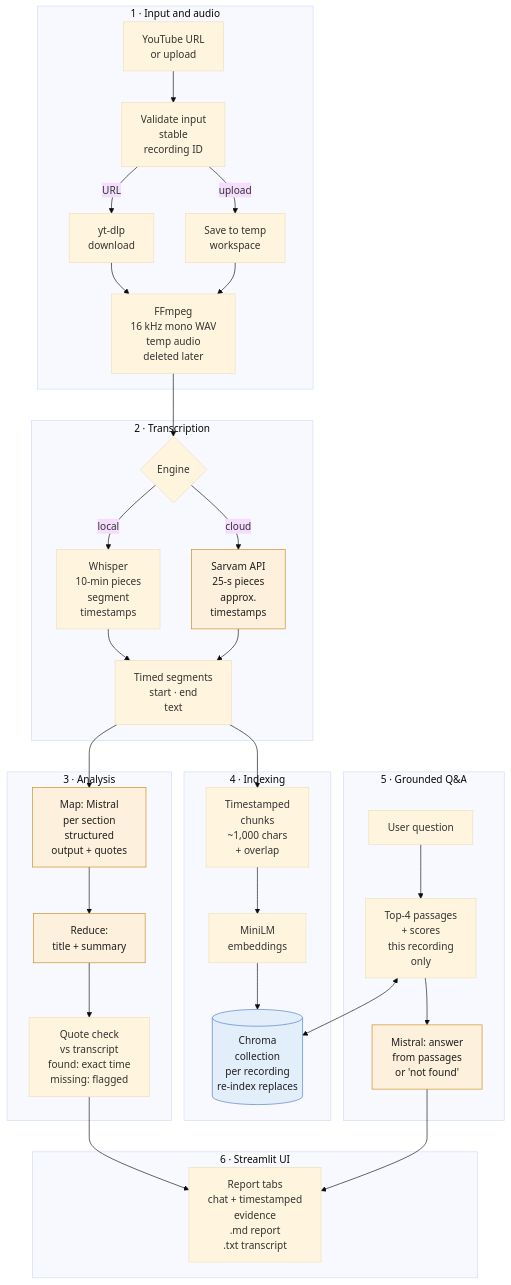
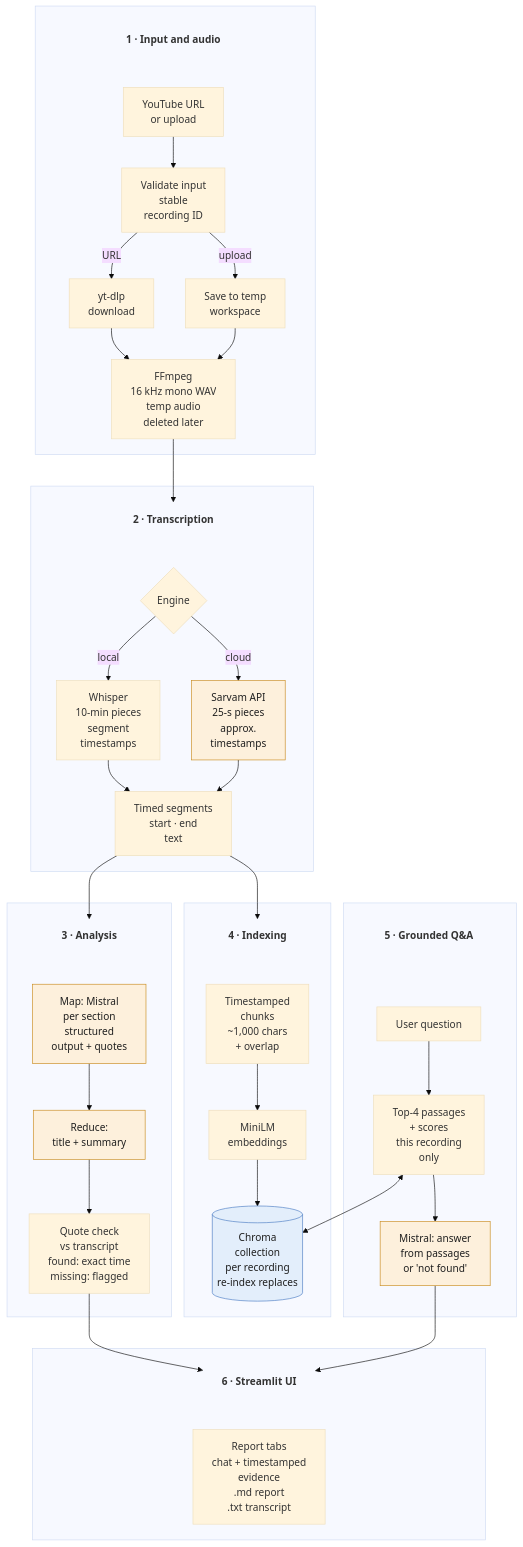
Before and after one commit to Prapti1234/intelligent-video-understanding-assistant: the diagram in README.md, drawn with Mermaid (base theme). The commit also changed other lines of this file, not shown here.

Commit message:
Revise architecture diagram in README
Updated architecture diagram to improve clarity and structure.

````diff
--- a/README.md
+++ b/README.md
@@ -36,51 +36,65 @@
 ```mermaid
 flowchart TB
-    subgraph S1["1 · Input and audio"]
+    subgraph S1[" "]
+        H1["1 · Input and audio"]
         SRC["YouTube URL<br/>or upload"] --> VAL["Validate input<br/>stable<br/>recording ID"]
         VAL -->|URL| YT["yt-dlp<br/>download"]
         VAL -->|upload| UP["Save to temp<br/>workspace"]
         YT --> FF["FFmpeg<br/>16 kHz mono WAV<br/>temp audio<br/>deleted later"]
         UP --> FF
     end
+    H1 ~~~ SRC
 
-    subgraph S2["2 · Transcription"]
+    subgraph S2[" "]
+        H2["2 · Transcription"]
         ENG{"Engine"}
         ENG -->|local| WH["Whisper<br/>10-min pieces<br/>segment<br/>timestamps"]
         ENG -->|cloud| SV["Sarvam API<br/>25-s pieces<br/>approx.<br/>timestamps"]
         WH --> SEG["Timed segments<br/>start · end<br/>text"]
         SV --> SEG
     end
+    H2 ~~~ ENG
 
-    FF --> ENG
+    FF --> H2
 
-    subgraph S3["3 · Analysis"]
+    subgraph S3[" "]
+        H3["3 · Analysis"]
         MAP["Map: Mistral<br/>per section<br/>structured<br/>output + quotes"] --> RED["Reduce:<br/>title + summary"]
         RED --> QC["Quote check<br/>vs transcript<br/>found: exact time<br/>missing: flagged"]
     end
+    H3 ~~~ MAP
 
-    subgraph S4["4 · Indexing"]
+    subgraph S4[" "]
+        H4["4 · Indexing"]
         CH["Timestamped<br/>chunks<br/>~1,000 chars<br/>+ overlap"] --> EMB["MiniLM<br/>embeddings"]
         EMB --> DB[("Chroma<br/>collection<br/>per recording<br/>re-index replaces")]
     end
+    H4 ~~~ CH
 
-    subgraph S5["5 · Grounded Q&A"]
+    subgraph S5[" "]
+        H5["5 · Grounded Q&A"]
         Q["User question"] --> RET["Top-4 passages<br/>+ scores<br/>this recording<br/>only"]
         RET --> GEN["Mistral: answer<br/>from passages<br/>or 'not found'"]
     end
+    H5 ~~~ Q
 
-    SEG --> MAP
-    SEG --> CH
+    SEG --> H3
+    SEG --> H4
     RET <--> DB
 
-    subgraph S6["6 · Streamlit UI"]
+    subgraph S6[" "]
+        H6["6 · Streamlit UI"]
         OUT["Report tabs<br/>chat + timestamped<br/>evidence<br/>.md report<br/>.txt transcript"]
     end
+    H6 ~~~ OUT
 
-    QC --> OUT
-    GEN --> OUT
+    QC --> H6
+    GEN --> H6
 
+    classDef stage fill:none,stroke:none,font-weight:bold
     classDef remote fill:#fdf0dc,stroke:#c98a1b,color:#1f1f1f
     classDef store fill:#e3eefb,stroke:#4a7cc2,color:#1f1f1f
+    class H1,H2,H3,H4,H5,H6 stage
     class SV,MAP,RED,GEN remote
     class DB store
 ```
````
